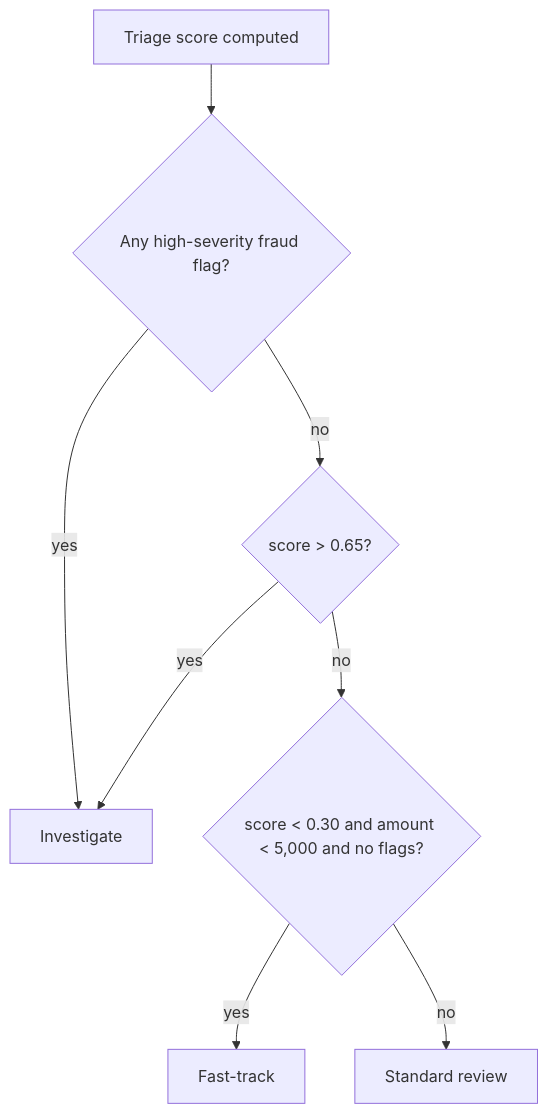
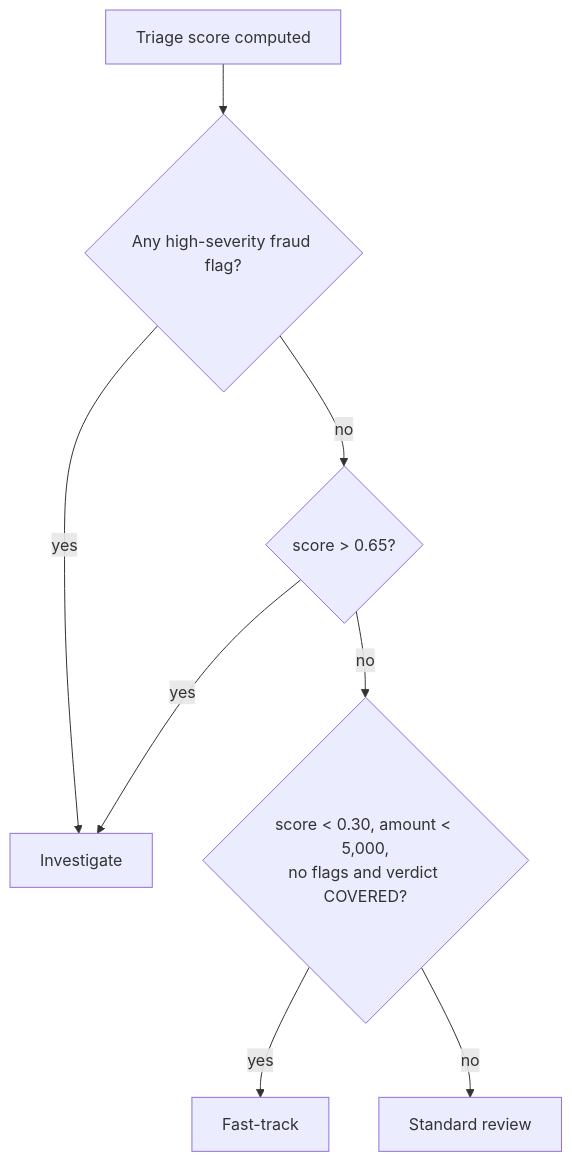
The fourth of 5 diagrams in docs/architecture.md (ABHI-742/claimlens), drawn with Mermaid before and after one commit. The commit also changed other lines of this file and 5 other files, not shown here.

First line of the commit message:
Bring architecture docs up to date with the code

````diff
--- a/docs/architecture.md
+++ b/docs/architecture.md
@@ -71,10 +105,10 @@
 ```mermaid
 flowchart TD
     S[Triage score computed] --> H{Any high-severity fraud flag?}
     H -- yes --> INV[Investigate]
     H -- no --> T{score > 0.65?}
     T -- yes --> INV
-    T -- no --> L{score < 0.30 and amount < 5,000 and no flags?}
+    T -- no --> L{"score < 0.30, amount < 5,000,<br/>no flags and verdict COVERED?"}
     L -- yes --> FT[Fast-track]
     L -- no --> STD[Standard review]
 ```
````
